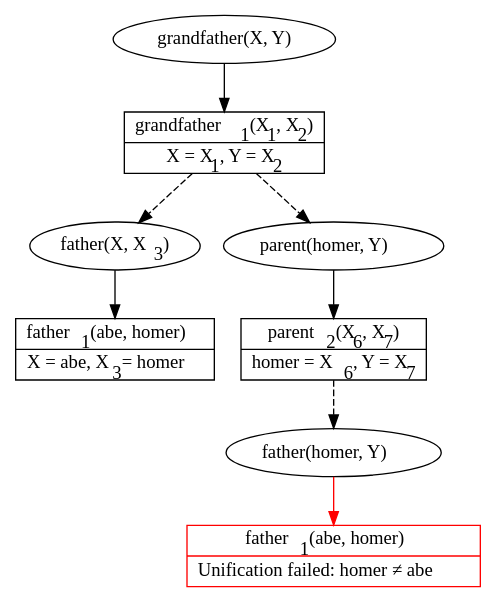
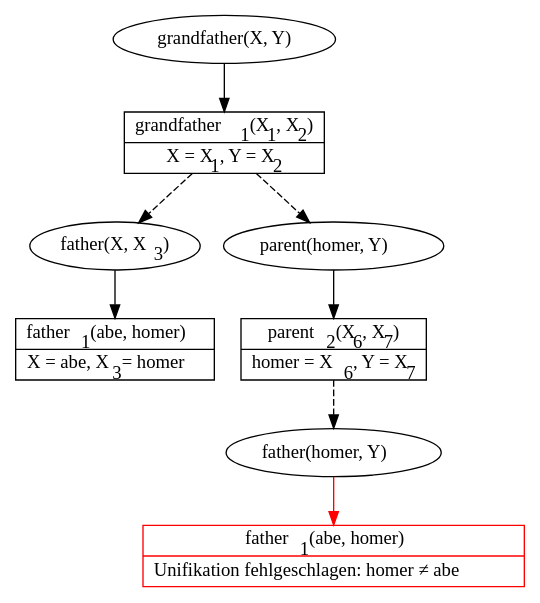
One commit to pbrinkmeier/viper changed the diagram in Documentation/Pflichtenheft/image/visualisation/11_subgoal_father_fail.gv. Above: the diagram before and after it, drawn with Graphviz. The commit also changed 12 other files, not shown here.

```diff
--- a/Documentation/Pflichtenheft/image/visualisation/11_subgoal_father_fail.gv
+++ b/Documentation/Pflichtenheft/image/visualisation/11_subgoal_father_fail.gv
@@ -1,44 +1,44 @@
 digraph VIPER_visualization_root {
     node [fontname = "Fira Mono"];
 
     root [label = "grandfather(X, Y)"];
     root_success [
         // enables having multiple boxes inside a node
         shape = record,
         // using < and > instead of quotes for delimiting a label makes it possible to use (a subset of) HTML in it
         // { A | B } makes A and B be in two separate boxes stacked on top of each other
         label = <{grandfather<sub>1</sub>(X<sub>1</sub>, X<sub>2</sub>)|X = X<sub>1</sub>, Y = X<sub>2</sub>}>
     ];
     subgoal1 [label = <father(X, X<sub>3</sub>)>];
     subgoal2 [label = <parent(homer, Y)>];
     subgoal1_success [
         shape = record,
         label = <{father<sub>1</sub>(abe, homer)|X = abe, X<sub>3</sub> = homer}>
     ];
     subgoal2_success [
         shape = record,
         label = <{parent<sub>2</sub>(X<sub>6</sub>, X<sub>7</sub>)|homer = X<sub>6</sub>, Y = X<sub>7</sub>}>
     ];
     subgoal2_success_father [
         label = <father(homer, Y)>
     ];
     father_fail [
         shape = record,
         color = red,
-        label = <{father<sub>1</sub>(abe, homer)|Unification failed: homer ≠ abe}>
+        label = <{father<sub>1</sub>(abe, homer)|Unifikation fehlgeschlagen: homer ≠ abe}>
     ];
 
     // this ensures that subgoal1 is always left of subgoal2
     // and that they are always on the same level
     // try commenting the rank = same line and see what happens
     {rank = same; subgoal1; subgoal2}
     subgoal1 -> subgoal2 [style = invis];
 
     root -> root_success;
     root_success -> subgoal1 [style = dashed];
     root_success -> subgoal2 [style = dashed];
     subgoal1 -> subgoal1_success;
     subgoal2 -> subgoal2_success;
     subgoal2_success -> subgoal2_success_father [style = dashed];
     subgoal2_success_father -> father_fail [color = red];
 }
```
